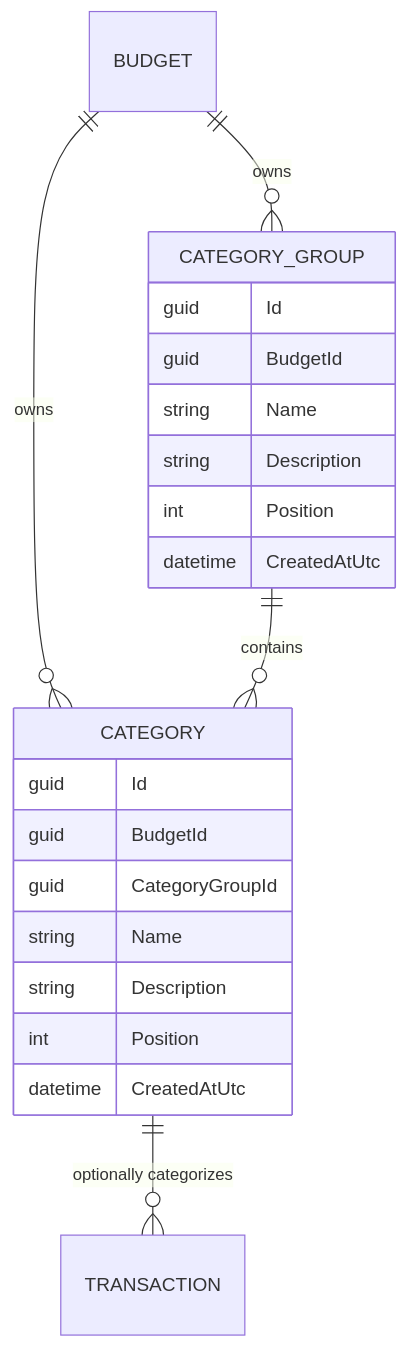
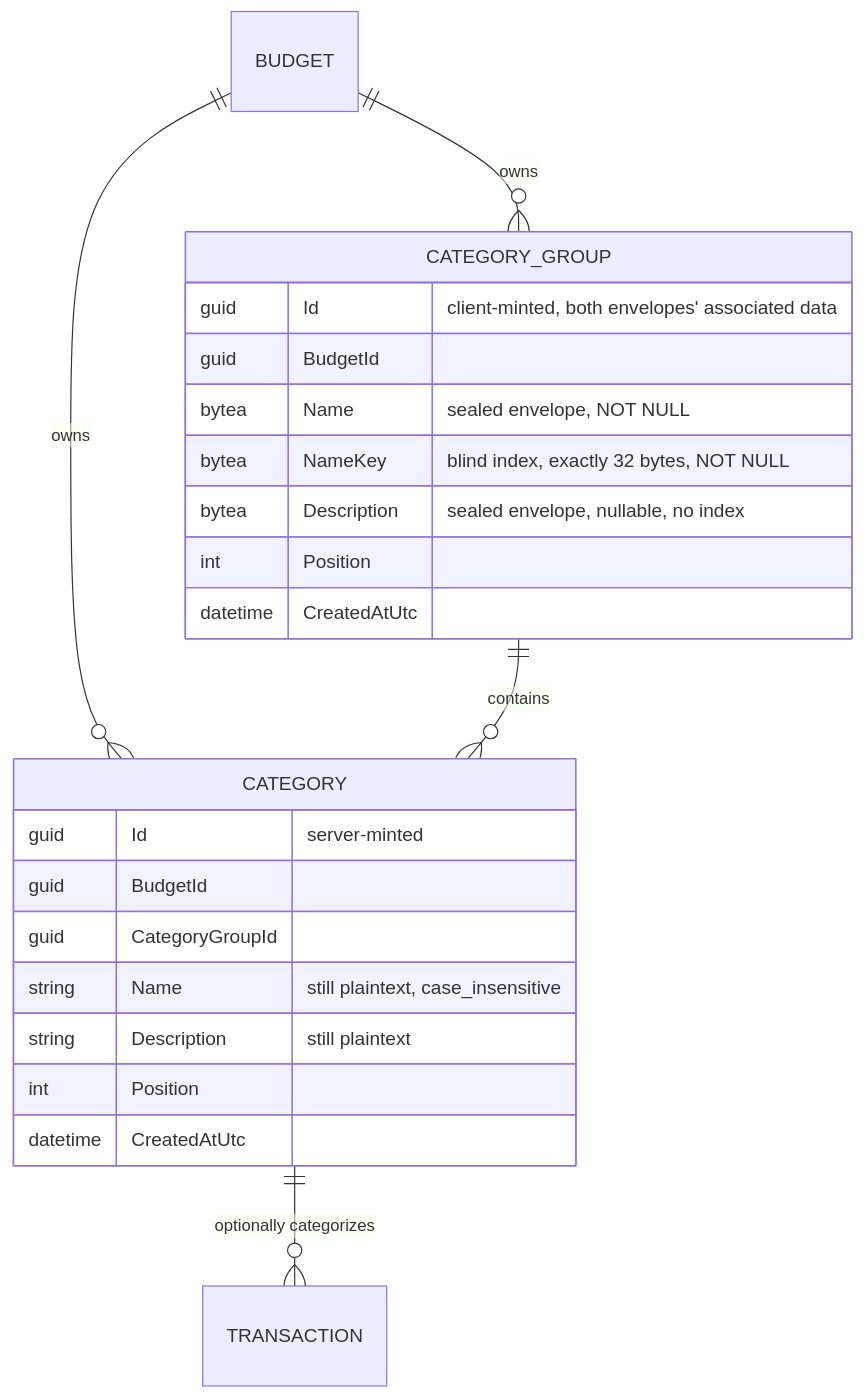
The diagram in docs/business-logic/categories.md (anton-kochev/budgetoid), drawn with Mermaid before and after one commit. The commit also changed other lines of this file and 62 other files, not shown here.

````diff
--- a/docs/business-logic/categories.md
+++ b/docs/business-logic/categories.md
@@ -27,24 +61,25 @@
 ```mermaid
 erDiagram
     BUDGET ||--o{ CATEGORY_GROUP : owns
     BUDGET ||--o{ CATEGORY : owns
     CATEGORY_GROUP ||--o{ CATEGORY : contains
     CATEGORY ||--o{ TRANSACTION : "optionally categorizes"
     CATEGORY_GROUP {
-        guid Id
+        guid Id "client-minted, both envelopes' associated data"
         guid BudgetId
-        string Name
-        string Description
+        bytea Name "sealed envelope, NOT NULL"
+        bytea NameKey "blind index, exactly 32 bytes, NOT NULL"
+        bytea Description "sealed envelope, nullable, no index"
         int Position
         datetime CreatedAtUtc
     }
     CATEGORY {
-        guid Id
+        guid Id "server-minted"
         guid BudgetId
         guid CategoryGroupId
-        string Name
-        string Description
+        string Name "still plaintext, case_insensitive"
+        string Description "still plaintext"
         int Position
         datetime CreatedAtUtc
     }
 ```
````
